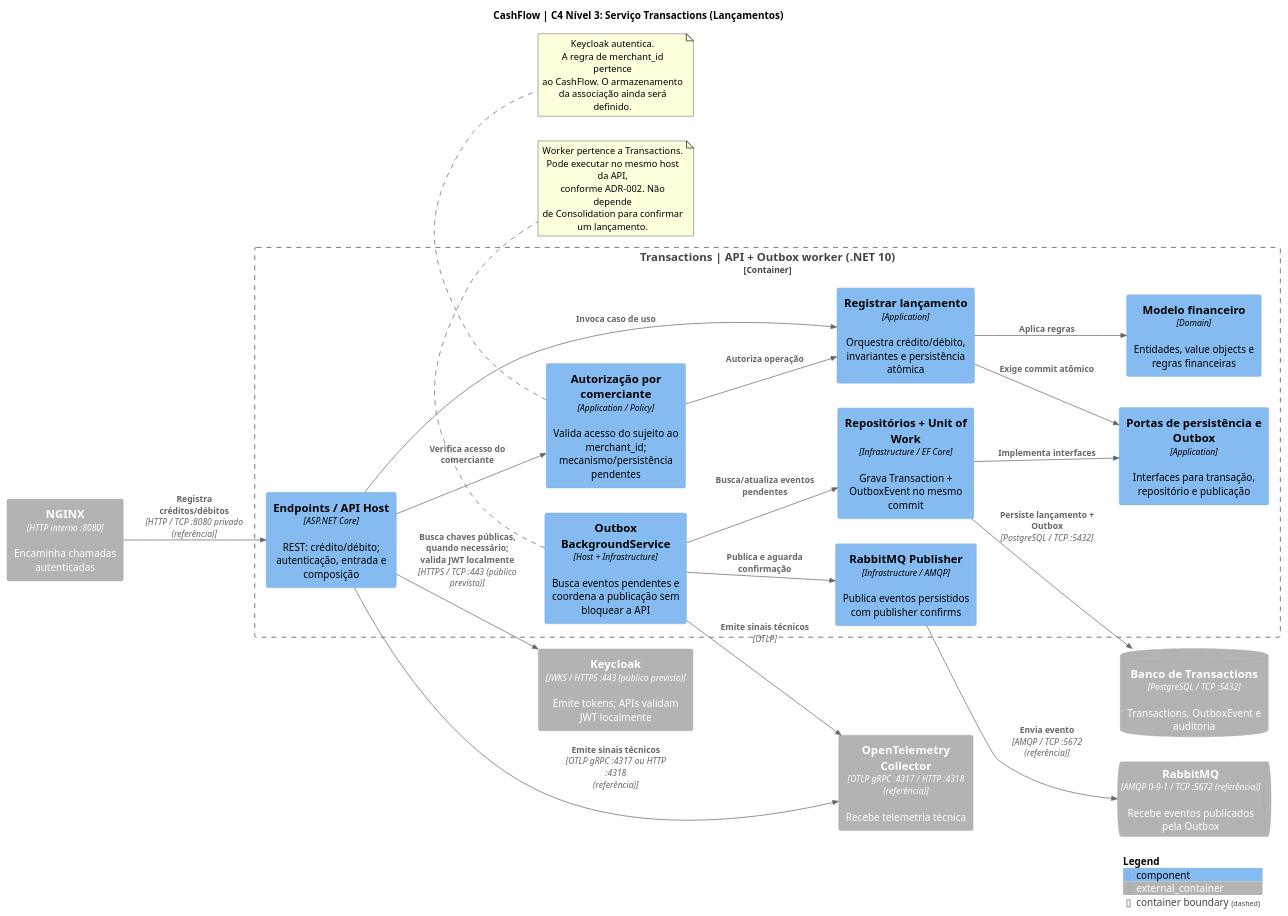
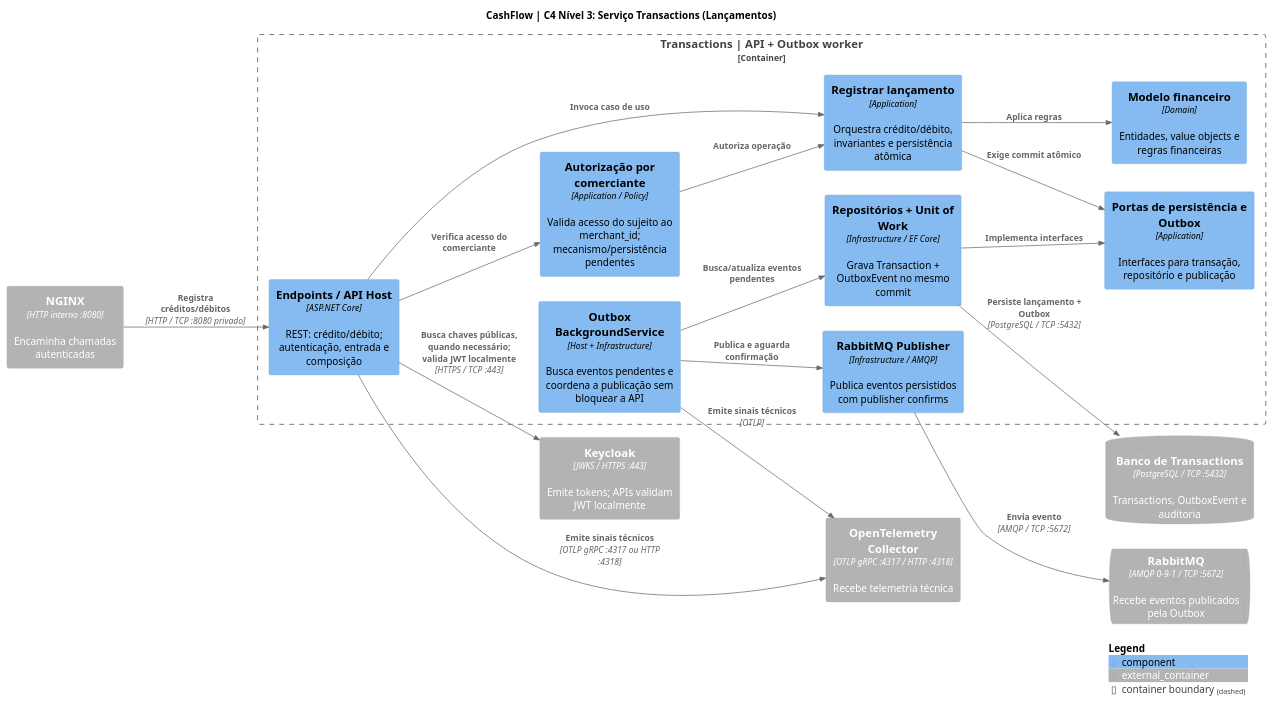
Before and after one commit to wolwerr/CashFlow-Architecture: the diagram in docs/architecture/plantuml/c4-components-transactions.puml, drawn with PlantUML.

Commit message:
docs(c4): simplify L3 labels and move explanatory notes to Building Block View (#6)

```diff
--- a/docs/architecture/plantuml/c4-components-transactions.puml
+++ b/docs/architecture/plantuml/c4-components-transactions.puml
@@ -1,55 +1,40 @@
 @startuml CashFlow_Transactions_Components
 !include <C4/C4_Component>
 
 title CashFlow | C4 Nível 3: Serviço Transactions (Lançamentos)
 LAYOUT_LEFT_RIGHT()
 
 Container_Ext(nginx, "NGINX", "HTTP interno :8080", "Encaminha chamadas autenticadas")
-Container_Ext(keycloak, "Keycloak", "JWKS / HTTPS :443 (público previsto)", "Emite tokens; APIs validam JWT localmente")
+Container_Ext(keycloak, "Keycloak", "JWKS / HTTPS :443", "Emite tokens; APIs validam JWT localmente")
 ContainerDb_Ext(transactionsDb, "Banco de Transactions", "PostgreSQL / TCP :5432", "Transactions, OutboxEvent e auditoria")
-ContainerQueue_Ext(rabbit, "RabbitMQ", "AMQP 0-9-1 / TCP :5672 (referência)", "Recebe eventos publicados pela Outbox")
-Container_Ext(otel, "OpenTelemetry Collector", "OTLP gRPC :4317 / HTTP :4318 (referência)", "Recebe telemetria técnica")
+ContainerQueue_Ext(rabbit, "RabbitMQ", "AMQP 0-9-1 / TCP :5672", "Recebe eventos publicados pela Outbox")
+Container_Ext(otel, "OpenTelemetry Collector", "OTLP gRPC :4317 / HTTP :4318", "Recebe telemetria técnica")
 
-Container_Boundary(transactions, "Transactions | API + Outbox worker (.NET 10)") {
+Container_Boundary(transactions, "Transactions | API + Outbox worker") {
   Component(api, "Endpoints / API Host", "ASP.NET Core", "REST: crédito/débito; autenticação, entrada e composição")
   Component(auth, "Autorização por comerciante", "Application / Policy", "Valida acesso do sujeito ao merchant_id; mecanismo/persistência pendentes")
   Component(usecase, "Registrar lançamento", "Application", "Orquestra crédito/débito, invariantes e persistência atômica")
   Component(domain, "Modelo financeiro", "Domain", "Entidades, value objects e regras financeiras")
   Component(ports, "Portas de persistência e Outbox", "Application", "Interfaces para transação, repositório e publicação")
   Component(repo, "Repositórios + Unit of Work", "Infrastructure / EF Core", "Grava Transaction + OutboxEvent no mesmo commit")
   Component(worker, "Outbox BackgroundService", "Host + Infrastructure", "Busca eventos pendentes e coordena a publicação sem bloquear a API")
   Component(publisher, "RabbitMQ Publisher", "Infrastructure / AMQP", "Publica eventos persistidos com publisher confirms")
 }
 
-Rel(nginx, api, "Registra créditos/débitos", "HTTP / TCP :8080 privado (referência)")
-Rel(api, keycloak, "Busca chaves públicas, quando necessário; valida JWT localmente", "HTTPS / TCP :443 (público previsto)")
+Rel(nginx, api, "Registra créditos/débitos", "HTTP / TCP :8080 privado")
+Rel(api, keycloak, "Busca chaves públicas, quando necessário; valida JWT localmente", "HTTPS / TCP :443")
 Rel(api, auth, "Verifica acesso do comerciante")
 Rel(auth, usecase, "Autoriza operação")
 Rel(api, usecase, "Invoca caso de uso")
 Rel(usecase, domain, "Aplica regras")
 Rel(usecase, ports, "Exige commit atômico")
 Rel(repo, ports, "Implementa interfaces")
 Rel(repo, transactionsDb, "Persiste lançamento + Outbox", "PostgreSQL / TCP :5432")
 Rel(worker, repo, "Busca/atualiza eventos pendentes")
 Rel(worker, publisher, "Publica e aguarda confirmação")
-Rel(publisher, rabbit, "Envia evento", "AMQP / TCP :5672 (referência)")
-Rel(api, otel, "Emite sinais técnicos", "OTLP gRPC :4317 ou HTTP :4318 (referência)")
+Rel(publisher, rabbit, "Envia evento", "AMQP / TCP :5672")
+Rel(api, otel, "Emite sinais técnicos", "OTLP gRPC :4317 ou HTTP :4318")
 Rel(worker, otel, "Emite sinais técnicos", "OTLP")
-
-note bottom of worker
-  Worker pertence a Transactions.
-  Pode executar no mesmo host da API,
-  conforme ADR-002. Não depende
-  de Consolidation para confirmar
-  um lançamento.
-end note
-
-note bottom of auth
-  Keycloak autentica.
-  A regra de merchant_id pertence
-  ao CashFlow. O armazenamento
-  da associação ainda será definido.
-end note
 
 SHOW_LEGEND()
 @enduml
```
